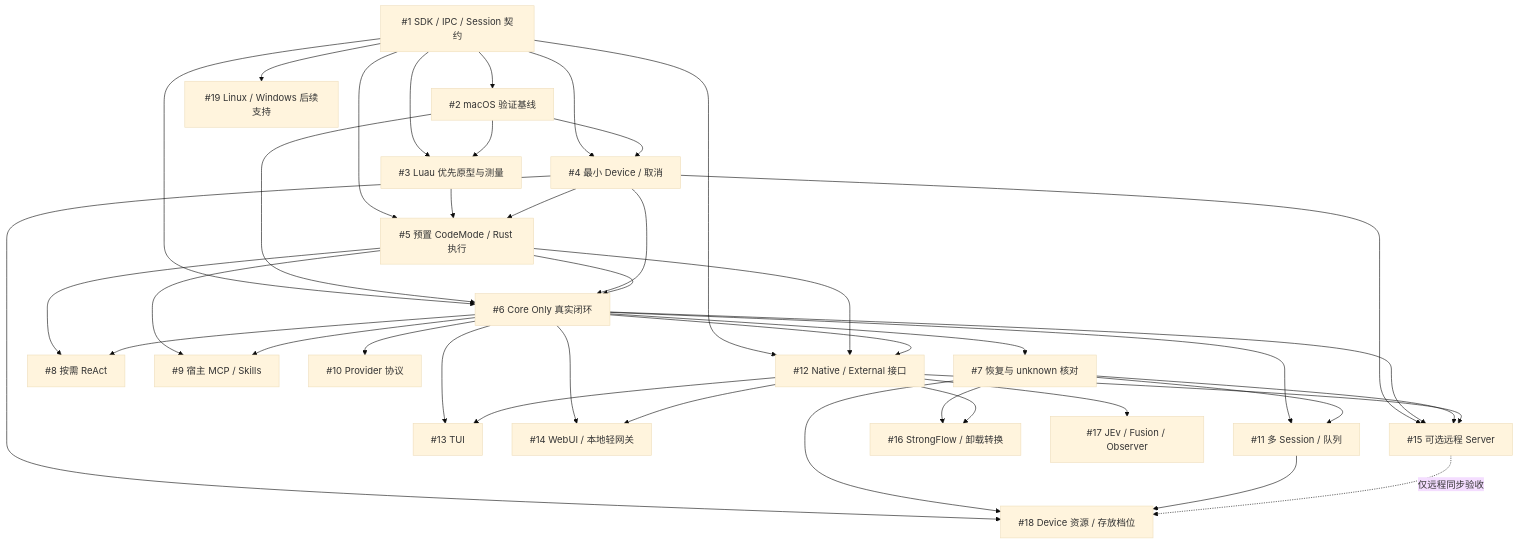
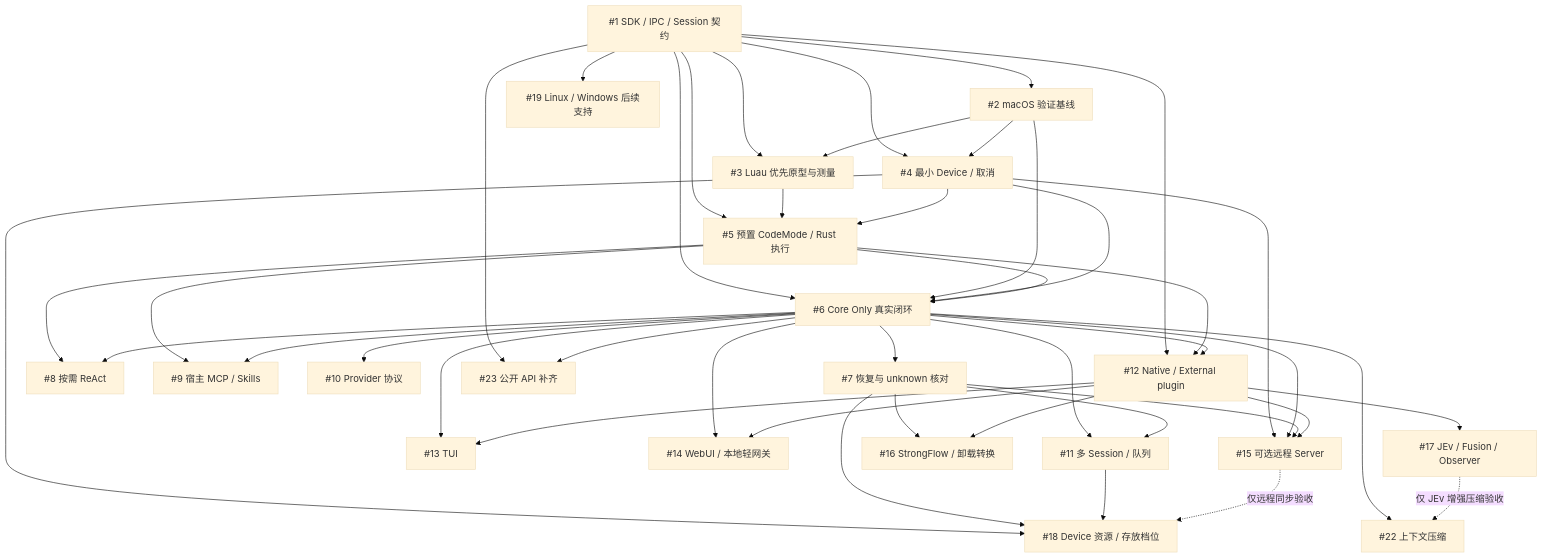
Before and after one commit to changw98ic/CAYW: the diagram in docs/development-map.md, drawn with Mermaid (base theme). The commit also changed other lines of this file and 7 other files, not shown here.

First line of the commit message:
docs: adopt plugin/verifyTool terms and add #22/#23 to roadmap

````diff
--- a/docs/development-map.md
+++ b/docs/development-map.md
@@ -89,61 +94,67 @@
 ```mermaid
 flowchart TD
   I1["#1 SDK / IPC / Session 契约"]
   I2["#2 macOS 验证基线"]
   I3["#3 Luau 优先原型与测量"]
   I4["#4 最小 Device / 取消"]
   I5["#5 预置 CodeMode / Rust 执行"]
   I6["#6 Core Only 真实闭环"]
   I7["#7 恢复与 unknown 核对"]
   I8["#8 按需 ReAct"]
   I9["#9 宿主 MCP / Skills"]
   I10["#10 Provider 协议"]
   I11["#11 多 Session / 队列"]
-  I12["#12 Native / External 接口"]
+  I12["#12 Native / External plugin"]
   I13["#13 TUI"]
   I14["#14 WebUI / 本地轻网关"]
   I15["#15 可选远程 Server"]
   I16["#16 StrongFlow / 卸载转换"]
   I17["#17 JEv / Fusion / Observer"]
   I18["#18 Device 资源 / 存放档位"]
   I19["#19 Linux / Windows 后续支持"]
+  I22["#22 上下文压缩"]
+  I23["#23 公开 API 补齐"]
   I1 --> I19
   I1 --> I2
   I1 --> I3
   I2 --> I3
   I1 --> I4
   I2 --> I4
   I1 --> I5
   I3 --> I5
   I4 --> I5
   I1 --> I6
   I2 --> I6
   I4 --> I6
   I5 --> I6
   I6 --> I7
   I5 --> I8
   I6 --> I8
   I5 --> I9
   I6 --> I9
   I6 --> I10
   I6 --> I11
   I7 --> I11
   I1 --> I12
   I5 --> I12
   I6 --> I12
   I6 --> I13
   I12 --> I13
   I6 --> I14
   I12 --> I14
   I4 --> I15
   I6 --> I15
   I7 --> I15
   I12 --> I15
   I7 --> I16
   I12 --> I16
   I12 --> I17
   I4 --> I18
   I7 --> I18
   I11 --> I18
   I15 -. 仅远程同步验收 .-> I18
+  I6 --> I22
+  I17 -. 仅 JEv 增强压缩验收 .-> I22
+  I1 --> I23
+  I6 --> I23
 ```
````
